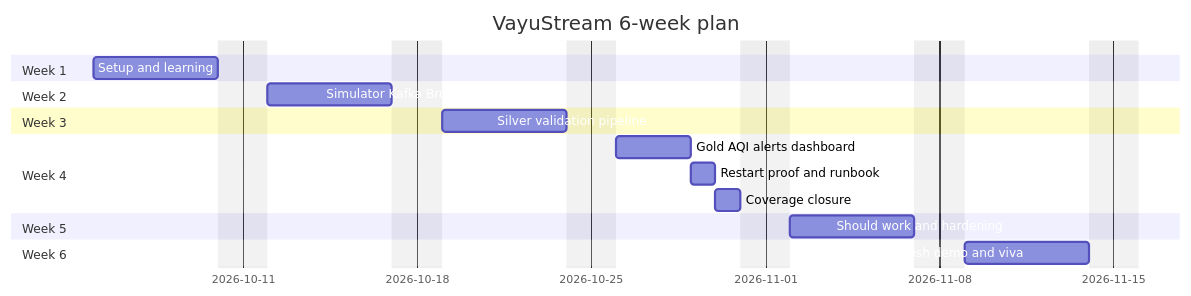
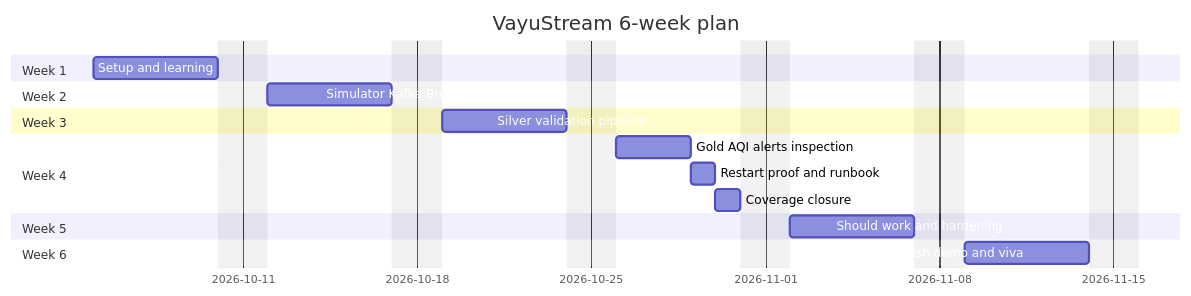
The diagram in docs/11-milestones-and-deliverables.md (sukurcf/spec-vayustream-air-quality-pipeline), drawn with Mermaid before and after one commit. The commit also changed other lines of this file and 14 other files, not shown here.

````diff
--- a/docs/11-milestones-and-deliverables.md
+++ b/docs/11-milestones-and-deliverables.md
@@ -39,20 +41,20 @@
 ```mermaid
 gantt
   title VayuStream 6-week plan
   dateFormat  YYYY-MM-DD
   excludes weekends
   section Week 1
   Setup and learning           :a1, 2026-10-05, 5d
   section Week 2
   Simulator Kafka Bronze       :a2, 2026-10-12, 5d
   section Week 3
   Silver validation pipeline   :a3, 2026-10-19, 5d
   section Week 4
-  Gold AQI alerts dashboard    :a4, 2026-10-26, 3d
+  Gold AQI alerts inspection   :a4, 2026-10-26, 3d
   Restart proof and runbook    :a4b, 2026-10-29, 1d
   Coverage closure             :a4c, 2026-10-30, 1d
   section Week 5
   Should work and hardening    :a5, 2026-11-02, 5d
   section Week 6
   Polish demo and viva         :a6, 2026-11-09, 5d
 ```
````
